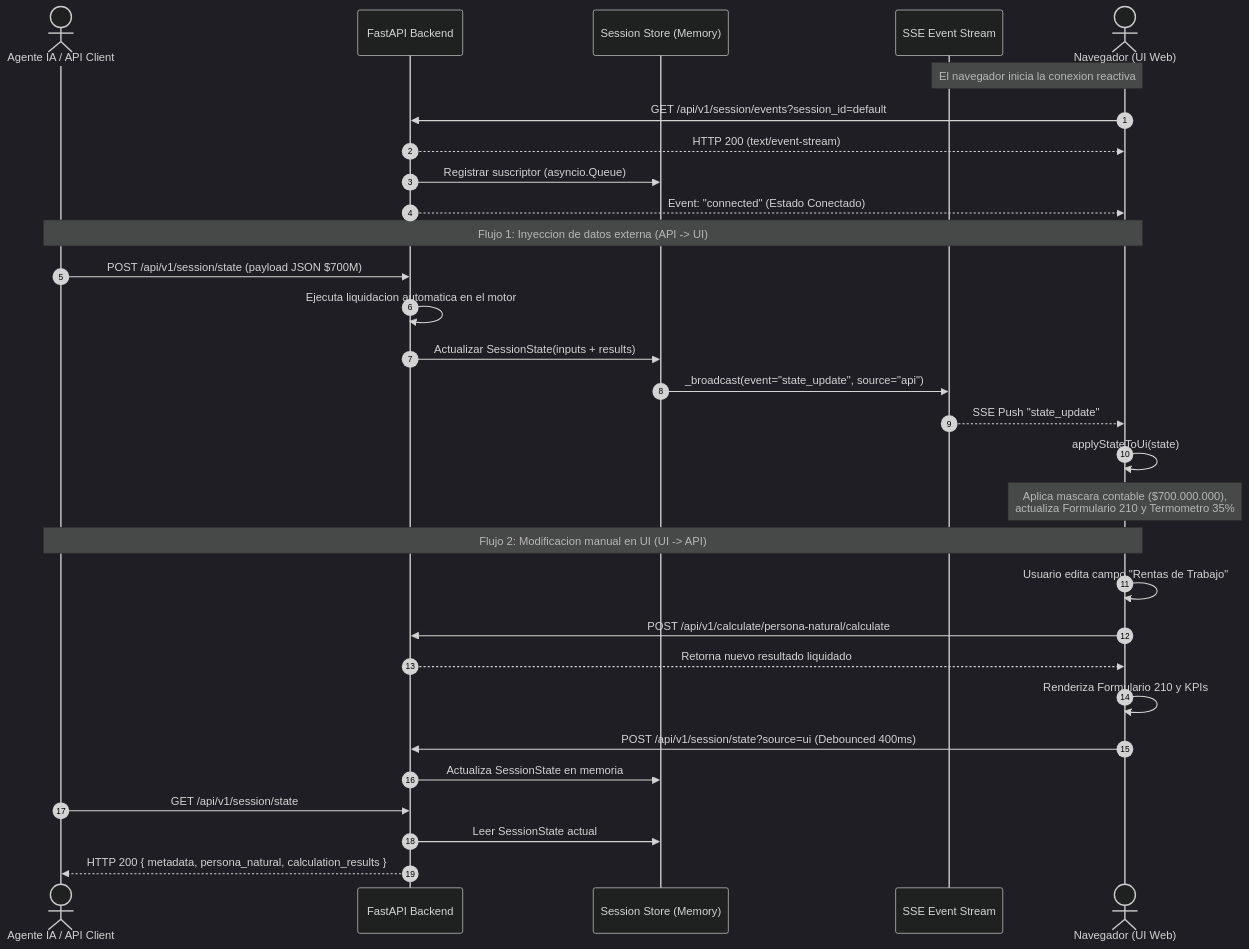
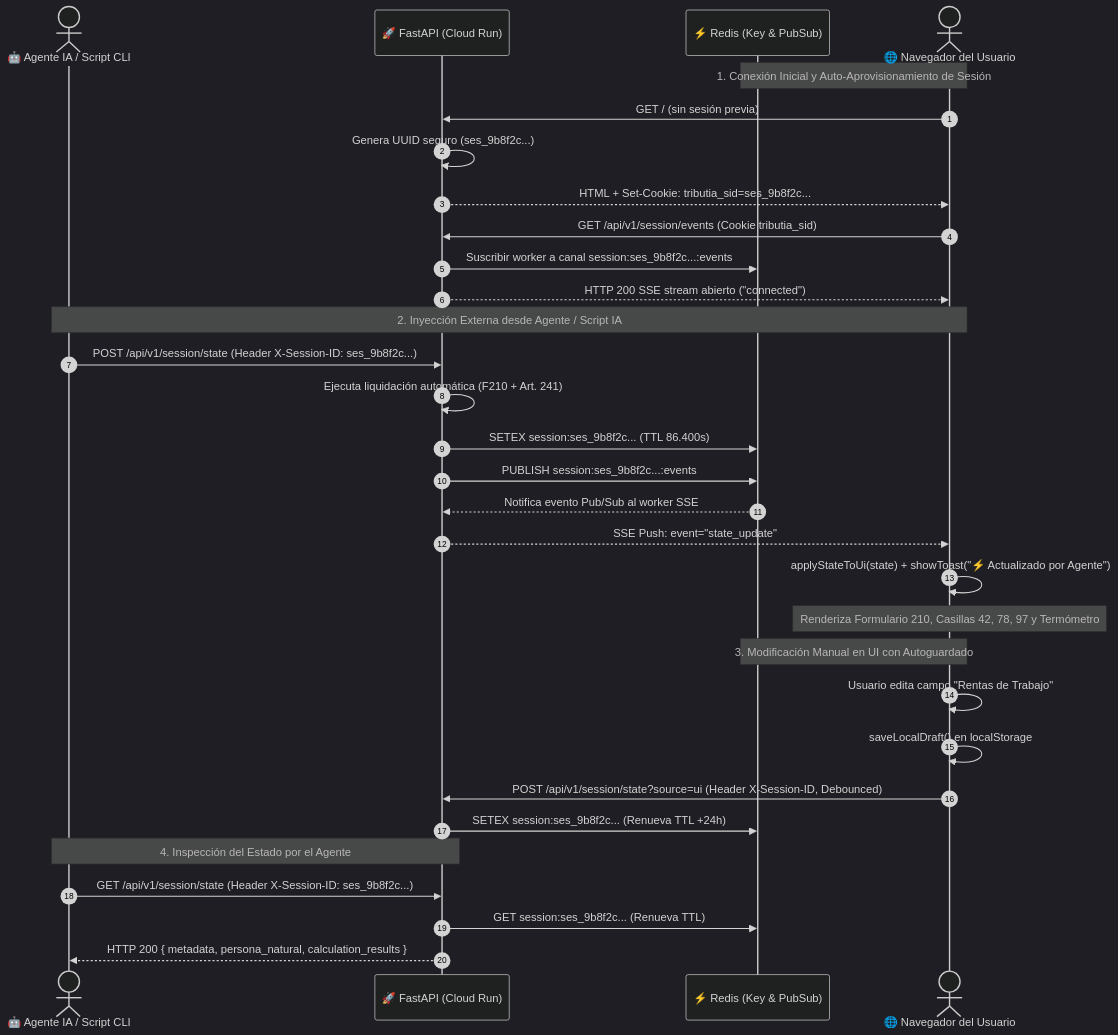
Before and after one commit to juansebashr/tribut-ia: the diagram in docs/reference/architecture/sequence/seq-two-way-sync.md, drawn with Mermaid (dark theme). The commit also changed other lines of this file and 8 other files, not shown here.

Commit message:
docs: regenerate full project documentation, C4 diagrams, sequence diagrams, REST references, and ADR 0004 for Redis and Cloud Run architecture

````diff
--- a/docs/reference/architecture/sequence/seq-two-way-sync.md
+++ b/docs/reference/architecture/sequence/seq-two-way-sync.md
@@ -5,40 +5,41 @@
 ```mermaid
 sequenceDiagram
     autonumber
-    actor Agente as Agente IA / API Client
-    participant API as FastAPI Backend
-    participant Store as Session Store (Memory)
-    participant SSE as SSE Event Stream
-    actor Browser as Navegador (UI Web)
+    actor Agente as 🤖 Agente IA / Script CLI
+    participant API as 🚀 FastAPI (Cloud Run)
+    participant Redis as ⚡ Redis (Key & PubSub)
+    actor Browser as 🌐 Navegador del Usuario
 
-    %% Conexion inicial
-    Note over Browser, SSE: El navegador inicia la conexion reactiva
-    Browser->>API: GET /api/v1/session/events?session_id=default
-    API-->>Browser: HTTP 200 (text/event-stream)
-    API->>Store: Registrar suscriptor (asyncio.Queue)
-    API-->>Browser: Event: "connected" (Estado Conectado)
+    %% Conexión inicial
+    Note over Browser, Redis: 1. Conexión Inicial y Auto-Aprovisionamiento de Sesión
+    Browser->>API: GET / (sin sesión previa)
+    API->>API: Genera UUID seguro (ses_9b8f2c...)
+    API-->>Browser: HTML + Set-Cookie: tributia_sid=ses_9b8f2c...
+    Browser->>API: GET /api/v1/session/events (Cookie tributia_sid)
+    API->>Redis: Suscribir worker a canal session:ses_9b8f2c...:events
+    API-->>Browser: HTTP 200 SSE stream abierto ("connected")
 
-    %% Inyeccion desde el exterior
-    Note over Agente, Browser: Flujo 1: Inyeccion de datos externa (API -> UI)
-    Agente->>API: POST /api/v1/session/state (payload JSON $700M)
-    API->>API: Ejecuta liquidacion automatica en el motor
-    API->>Store: Actualizar SessionState(inputs + results)
-    Store->>SSE: _broadcast(event="state_update", source="api")
-    SSE-->>Browser: SSE Push "state_update"
-    Browser->>Browser: applyStateToUi(state)
-    Note over Browser: Aplica mascara contable ($700.000.000),<br/>actualiza Formulario 210 y Termometro 35%
+    %% Inyección externa
+    Note over Agente, Browser: 2. Inyección Externa desde Agente / Script IA
+    Agente->>API: POST /api/v1/session/state (Header X-Session-ID: ses_9b8f2c...)
+    API->>API: Ejecuta liquidación automática (F210 + Art. 241)
+    API->>Redis: SETEX session:ses_9b8f2c... (TTL 86.400s)
+    API->>Redis: PUBLISH session:ses_9b8f2c...:events
+    Redis-->>API: Notifica evento Pub/Sub al worker SSE
+    API-->>Browser: SSE Push: event="state_update"
+    Browser->>Browser: applyStateToUi(state) + showToast("⚡ Actualizado por Agente")
+    Note over Browser: Renderiza Formulario 210, Casillas 42, 78, 97 y Termómetro
 
-    %% Modificacion manual en UI
-    Note over Browser, Agente: Flujo 2: Modificacion manual en UI (UI -> API)
+    %% Modificación manual en UI
+    Note over Browser, Redis: 3. Modificación Manual en UI con Autoguardado
     Browser->>Browser: Usuario edita campo "Rentas de Trabajo"
-    Browser->>API: POST /api/v1/calculate/persona-natural/calculate
-    API-->>Browser: Retorna nuevo resultado liquidado
-    Browser->>Browser: Renderiza Formulario 210 y KPIs
-    Browser->>API: POST /api/v1/session/state?source=ui (Debounced 400ms)
-    API->>Store: Actualiza SessionState en memoria
+    Browser->>Browser: saveLocalDraft() en localStorage
+    Browser->>API: POST /api/v1/session/state?source=ui (Header X-Session-ID, Debounced)
+    API->>Redis: SETEX session:ses_9b8f2c... (Renueva TTL +24h)
 
-    %% Consulta externa de lo que esta en pantalla
-    Agente->>API: GET /api/v1/session/state
-    API->>Store: Leer SessionState actual
+    %% Consulta externa de lo que está en pantalla
+    Note over Agente, API: 4. Inspección del Estado por el Agente
+    Agente->>API: GET /api/v1/session/state (Header X-Session-ID: ses_9b8f2c...)
+    API->>Redis: GET session:ses_9b8f2c... (Renueva TTL)
     API-->>Agente: HTTP 200 { metadata, persona_natural, calculation_results }
 ```
````
